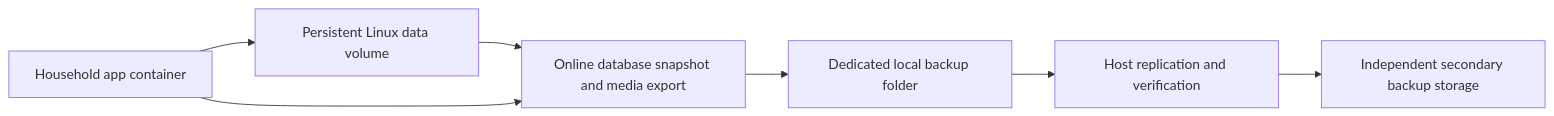
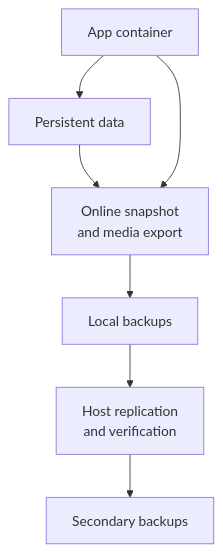
One commit to trbot86/home changed the fifth of 5 diagrams in README.md. Above: the diagram before and after it, drawn with Mermaid. The commit also changed other lines of this file and 1 other file, not shown here.

Commit message:
Improve README diagram labels and add domain relationships

````diff
--- a/README.md
+++ b/README.md
@@ -71,9 +115,10 @@
 ```mermaid
-flowchart LR
-  App[Household app container] --> Data[Persistent Linux data volume]
-  Data --> Export[Online database snapshot and media export]
+%%{init: {"flowchart": {"htmlLabels": false}}}%%
+flowchart TB
+  App[App container] --> Data[Persistent data]
+  Data --> Export["Online snapshot<br/>and media export"]
   App --> Export
-  Export --> Local[Dedicated local backup folder]
-  Local --> Verify[Host replication and verification]
-  Verify --> Secondary[Independent secondary backup storage]
+  Export --> Local[Local backups]
+  Local --> Verify["Host replication<br/>and verification"]
+  Verify --> Secondary[Secondary backups]
 ```
````
